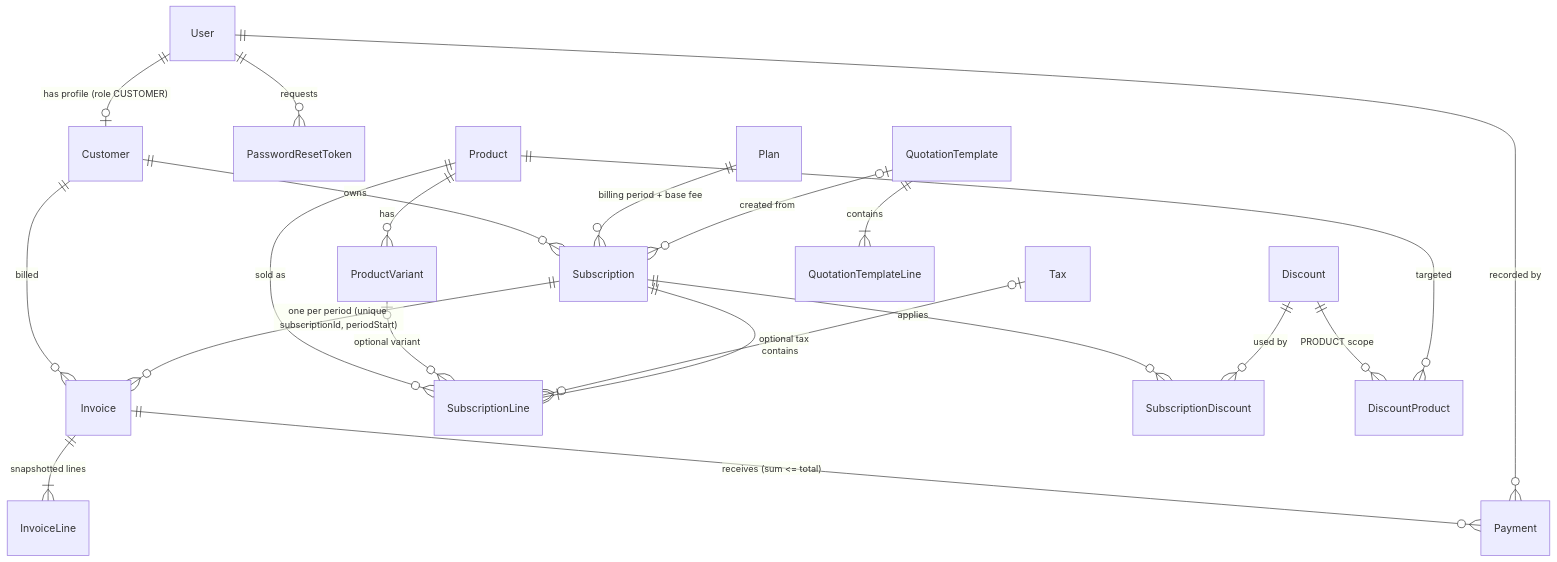
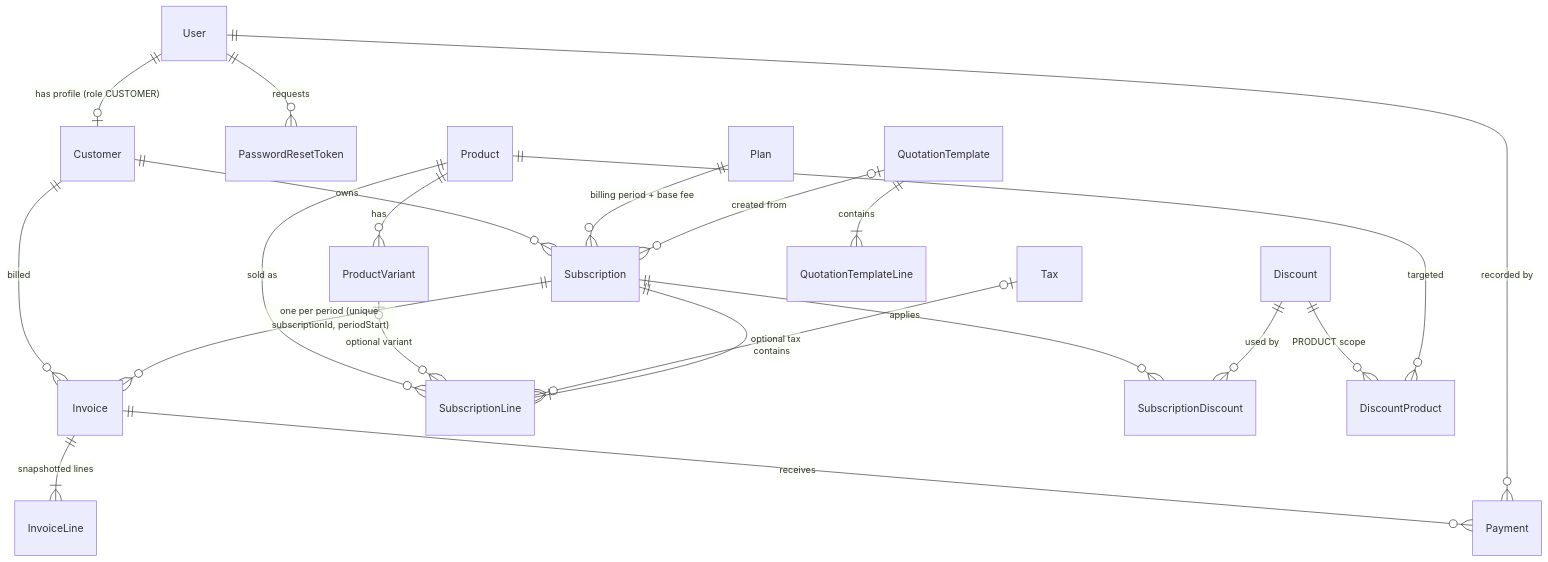
Before and after one commit to Jinsssss333/sub_system: the diagram in README.md, drawn with Mermaid. The commit also changed other lines of this file and 8 other files, not shown here.

````diff
--- a/README.md
+++ b/README.md
@@ -347,23 +139,23 @@
 ```mermaid
 erDiagram
   User ||--o| Customer : "has profile (role CUSTOMER)"
-  User ||--o{ PasswordResetToken : requests
-  Customer ||--o{ Subscription : owns
-  Customer ||--o{ Invoice : billed
+  User ||--o{ PasswordResetToken : "requests"
+  Customer ||--o{ Subscription : "owns"
+  Customer ||--o{ Invoice : "billed"
   Plan ||--o{ Subscription : "billing period + base fee"
-  Product ||--o{ ProductVariant : has
+  Product ||--o{ ProductVariant : "has"
   Product ||--o{ SubscriptionLine : "sold as"
   ProductVariant |o--o{ SubscriptionLine : "optional variant"
   Tax |o--o{ SubscriptionLine : "optional tax"
-  Subscription ||--|{ SubscriptionLine : contains
-  Subscription ||--o{ SubscriptionDiscount : applies
+  Subscription ||--|{ SubscriptionLine : "contains"
+  Subscription ||--o{ SubscriptionDiscount : "applies"
   Discount ||--o{ SubscriptionDiscount : "used by"
   Discount ||--o{ DiscountProduct : "PRODUCT scope"
-  Product ||--o{ DiscountProduct : targeted
-  QuotationTemplate ||--|{ QuotationTemplateLine : contains
+  Product ||--o{ DiscountProduct : "targeted"
+  QuotationTemplate ||--|{ QuotationTemplateLine : "contains"
   QuotationTemplate |o--o{ Subscription : "created from"
   Subscription ||--o{ Invoice : "one per period (unique subscriptionId, periodStart)"
   Invoice ||--|{ InvoiceLine : "snapshotted lines"
-  Invoice ||--o{ Payment : "receives (sum <= total)"
+  Invoice ||--o{ Payment : "receives"
   User ||--o{ Payment : "recorded by"
 ```
````
